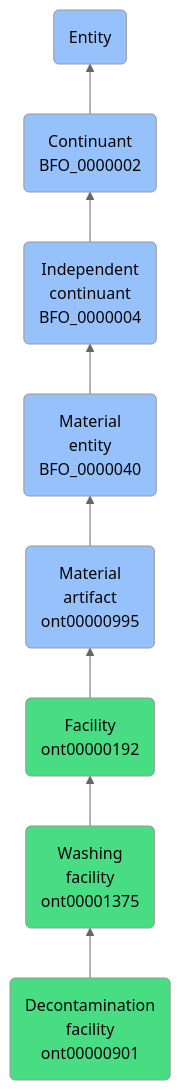
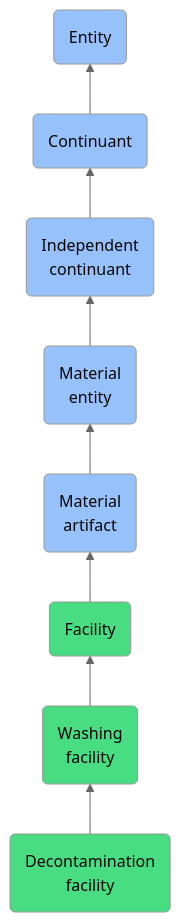
The diagram in docs/ontology/reference/model/Entity/Continuant/Independent continuant/Material entity/Material artifact/Facility/Washing facility/Decontamination facility/Decontamination facility.md (jupyter-naas/abi), drawn with Mermaid (neutral theme) before and after one commit. The commit also changed other lines of this file and 1430 other files, not shown here.

````diff
--- a/docs/ontology/reference/model/Entity/Continuant/Independent continuant/Material entity/Material artifact/Facility/Washing facility/Decontamination facility/Decontamination facility.md
+++ b/docs/ontology/reference/model/Entity/Continuant/Independent continuant/Material entity/Material artifact/Facility/Washing facility/Decontamination facility/Decontamination facility.md
@@ -24,15 +24,15 @@
 ```mermaid
 graph BT
-    ont00000901(Decontamination<br>facility<br>ont00000901):::ABI-->ont00001375
-    ont00001375(Washing<br>facility<br>ont00001375):::ABI-->ont00000192
-    ont00000192(Facility<br>ont00000192):::ABI-->ont00000995
-    ont00000995(Material<br>artifact<br>ont00000995):::BFO-->BFO_0000040
-    BFO_0000040(Material<br>entity<br>BFO_0000040):::BFO-->BFO_0000004
-    BFO_0000004(Independent<br>continuant<br>BFO_0000004):::BFO-->BFO_0000002
-    BFO_0000002(Continuant<br>BFO_0000002):::BFO-->BFO_0000001
+    ont00000901(Decontamination<br>facility):::ABI-->ont00001375
+    ont00001375(Washing<br>facility):::ABI-->ont00000192
+    ont00000192(Facility):::ABI-->ont00000995
+    ont00000995(Material<br>artifact):::BFO-->BFO_0000040
+    BFO_0000040(Material<br>entity):::BFO-->BFO_0000004
+    BFO_0000004(Independent<br>continuant):::BFO-->BFO_0000002
+    BFO_0000002(Continuant):::BFO-->BFO_0000001
     BFO_0000001(Entity):::BFO
     
     classDef BFO fill:#97c1fb,color:#060606
     classDef CCO fill:#e4c51e,color:#060606
     classDef ABI fill:#48DD82,color:#060606
 ```
````
